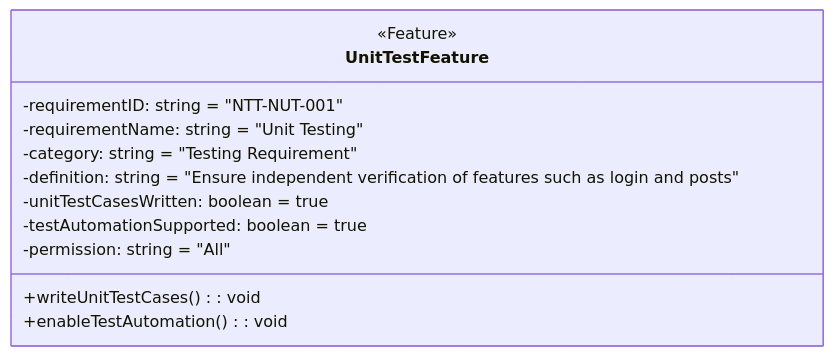
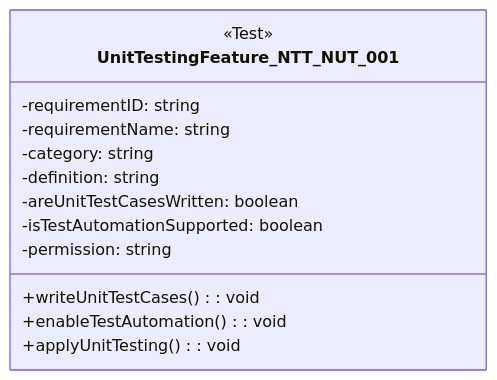
One commit to sun922/University-SoftwareDesign changed diagram 24 of 32 in 1. Requirement Analysis/Software Requirements Specification.md. Above: the diagram before and after it, drawn with Mermaid. The commit also changed other lines of this file, not shown here.

````diff
--- a/1. Requirement Analysis/Software Requirements Specification.md
+++ b/1. Requirement Analysis/Software Requirements Specification.md
@@ -744,17 +754,17 @@
 ```mermaid
 classDiagram
-    class UnitTestFeature {
-        <<Feature>>
-        -requirementID: string = "NTT-NUT-001"
-        -requirementName: string = "Unit Testing"
-        -category: string = "Testing Requirement"
-        -definition: string = "Ensure independent verification of features such as login and posts"
-        -unitTestCasesWritten: boolean = true
-        -testAutomationSupported: boolean = true
-        -permission: string = "All"
+    class UnitTestingFeature_NTT_NUT_001 {
+        <<Test>>
+        -requirementID: string
+        -requirementName: string
+        -category: string
+        -definition: string
+        -areUnitTestCasesWritten: boolean
+        -isTestAutomationSupported: boolean
+        -permission: string
 
         +writeUnitTestCases(): void
         +enableTestAutomation(): void
+        +applyUnitTesting(): void
     }
-
 ```
````
